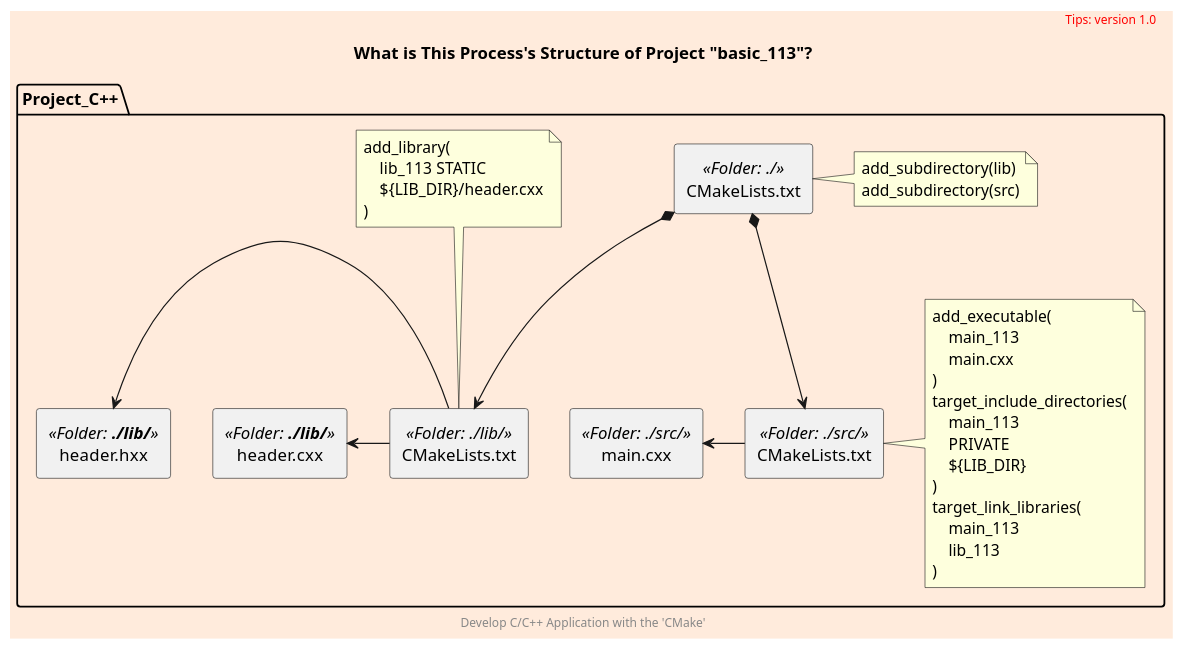
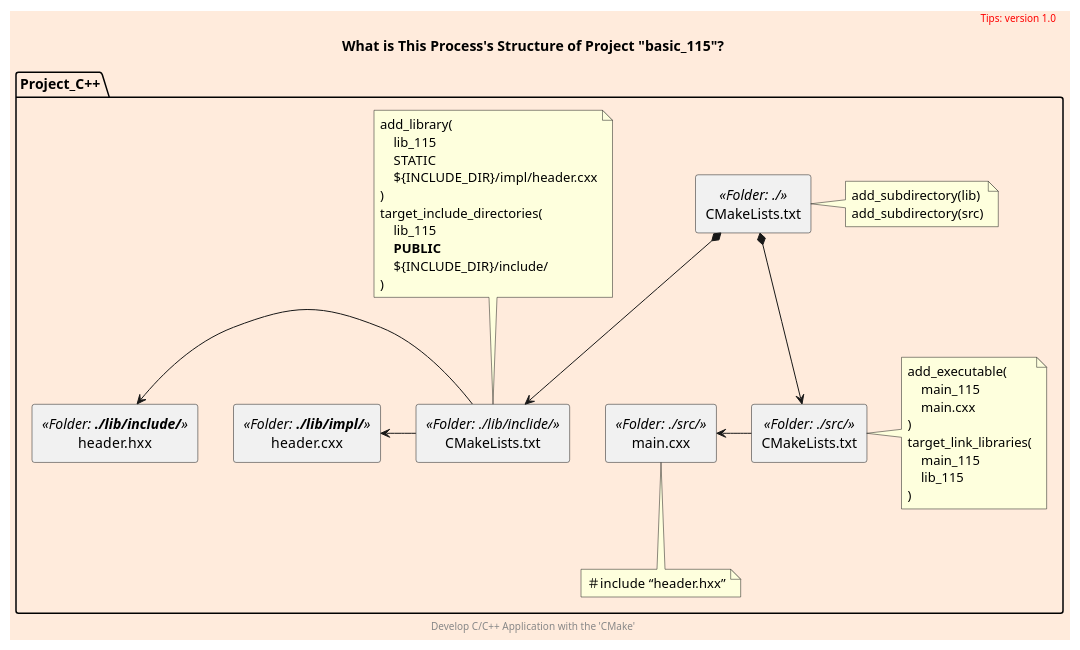
Before and after one commit to cnruby/w3h1_cmake: the diagram in docs/what-process.puml, drawn with PlantUML. The commit also changed 25 other files, not shown here.

```diff
--- a/docs/what-process.puml
+++ b/docs/what-process.puml
@@ -1,59 +1,63 @@
 @startuml
 scale 700 width
 skinparam backgroundColor #FFEBDC
-scale 1.2
+scale 1
 
 package Project_C++ as project {
-    rectangle header.hxx <<Folder: **./lib/**>> as header_hxx
-    rectangle header.cxx <<Folder: **./lib/**>> as header_cxx
+    rectangle header.hxx <<Folder: **./lib/include/**>> as header_hxx
+    rectangle header.cxx <<Folder: **./lib/impl/**>> as header_cxx
     rectangle main.cxx <<Folder: ./src/>> as main
     rectangle CMakeLists.txt <<Folder: ./>> as begin
     rectangle CMakeLists.txt <<Folder: ./src/>> as src_list
-    rectangle CMakeLists.txt <<Folder: ./lib/>> as lib_list
+    rectangle CMakeLists.txt <<Folder: ./lib/inclide/>> as include_list
     'rectangle main_cxx.o <<Binary File>> as o_file
 
     note right of begin
         add_subdirectory(lib)
         add_subdirectory(src)
     endnote
-    note top of lib_list
+    note bottom of main
+        ＃include “header.hxx”
+    endnote
+    note top of include_list
         add_library(
-            lib_113 STATIC
-            ${LIB_DIR}/header.cxx
+            lib_115
+            STATIC
+            ${INCLUDE_DIR}/impl/header.cxx
+        )
+        target_include_directories(
+            lib_115
+            **PUBLIC**
+            ${INCLUDE_DIR}/include/
         )
     endnote
     note right of src_list
         add_executable(
-            main_113
+            main_115
             main.cxx
         )
-        target_include_directories(
-            main_113
-            PRIVATE
-            ${LIB_DIR}
-        )
         target_link_libraries(
-            main_113
-            lib_113
+            main_115
+            lib_115
         )
     endnote
 }
 
 begin *--> src_list
-begin *--> lib_list
+begin *--> include_list
 src_list -left-> main
 'local_list .(0).> main
-lib_list -left-> header_cxx
-lib_list -left-> header_hxx
+include_list -left-> header_cxx
+include_list -left-> header_hxx
 
 title
-    What is This Process's Structure of Project "basic_113"?
+    What is This Process's Structure of Project "basic_115"?
 end title
 
 header
 <font color=red>Tips: version 1.0</font>
 endheader
 
 center footer Develop C/C++ Application with the 'CMake'
 
 @enduml
```
